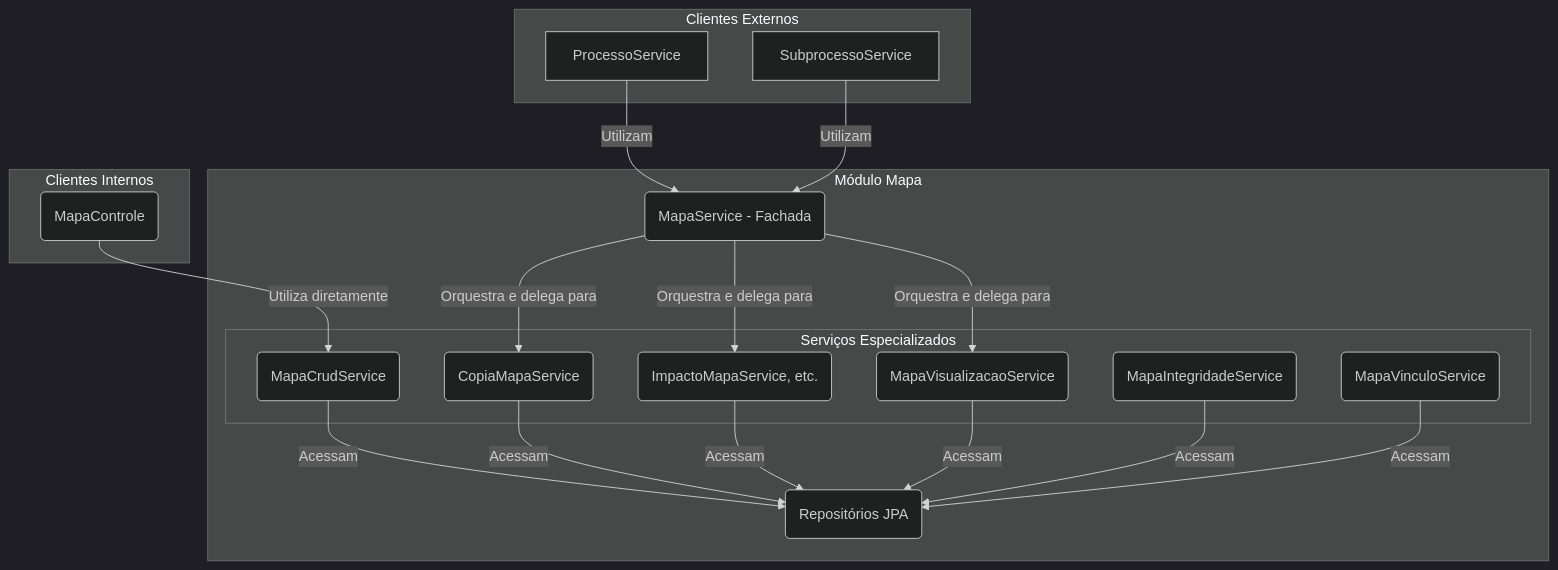
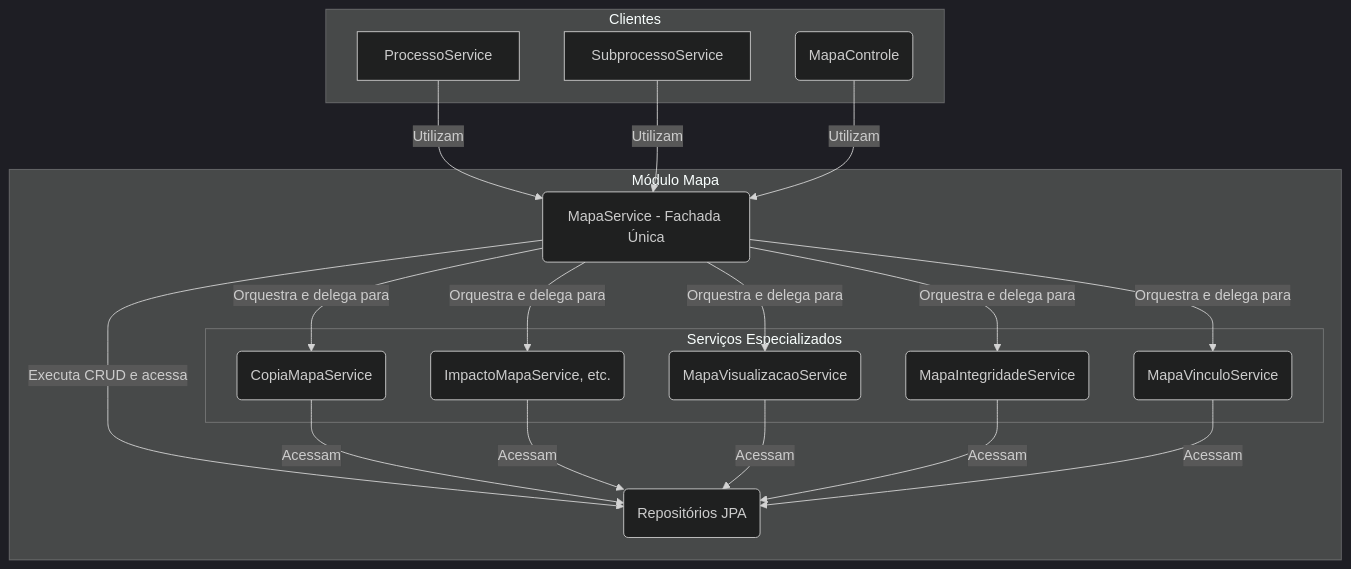
One commit to lgalvao/sgc changed the diagram in backend/src/main/java/sgc/mapa/README.md. Above: the diagram before and after it, drawn with Mermaid (dark theme). The commit also changed other lines of this file and 25 other files, not shown here.

````diff
--- a/backend/src/main/java/sgc/mapa/README.md
+++ b/backend/src/main/java/sgc/mapa/README.md
@@ -11,33 +11,29 @@
 ```mermaid
 graph TD
-    subgraph "Clientes Externos"
+    subgraph "Clientes"
         ProcessoService
         SubprocessoService
-    end
-
-    subgraph "Clientes Internos"
         Controle(MapaControle)
     end
 
     subgraph "Módulo Mapa"
-        Facade(MapaService - Fachada)
+        Facade(MapaService - Fachada Única)
 
         subgraph "Serviços Especializados"
-            Crud(MapaCrudService)
             Copia(CopiaMapaService)
             Impacto(ImpactoMapaService, etc.)
             Visualizacao(MapaVisualizacaoService)
             Integridade(MapaIntegridadeService)
             Vinculo(MapaVinculoService)
         end
 
         Repos(Repositórios JPA)
     end
 
-    ProcessoService & SubprocessoService -- Utilizam --> Facade
-    Controle -- Utiliza diretamente --> Crud
+    ProcessoService & SubprocessoService & Controle -- Utilizam --> Facade
 
-    Facade -- Orquestra e delega para --> Copia & Impacto & Visualizacao
+    Facade -- Orquestra e delega para --> Copia & Impacto & Visualizacao & Integridade & Vinculo
+    Facade -- Executa CRUD e acessa --> Repos
 
-    Crud & Copia & Impacto & Visualizacao & Integridade & Vinculo -- Acessam --> Repos
+    Copia & Impacto & Visualizacao & Integridade & Vinculo -- Acessam --> Repos
 ```
````
